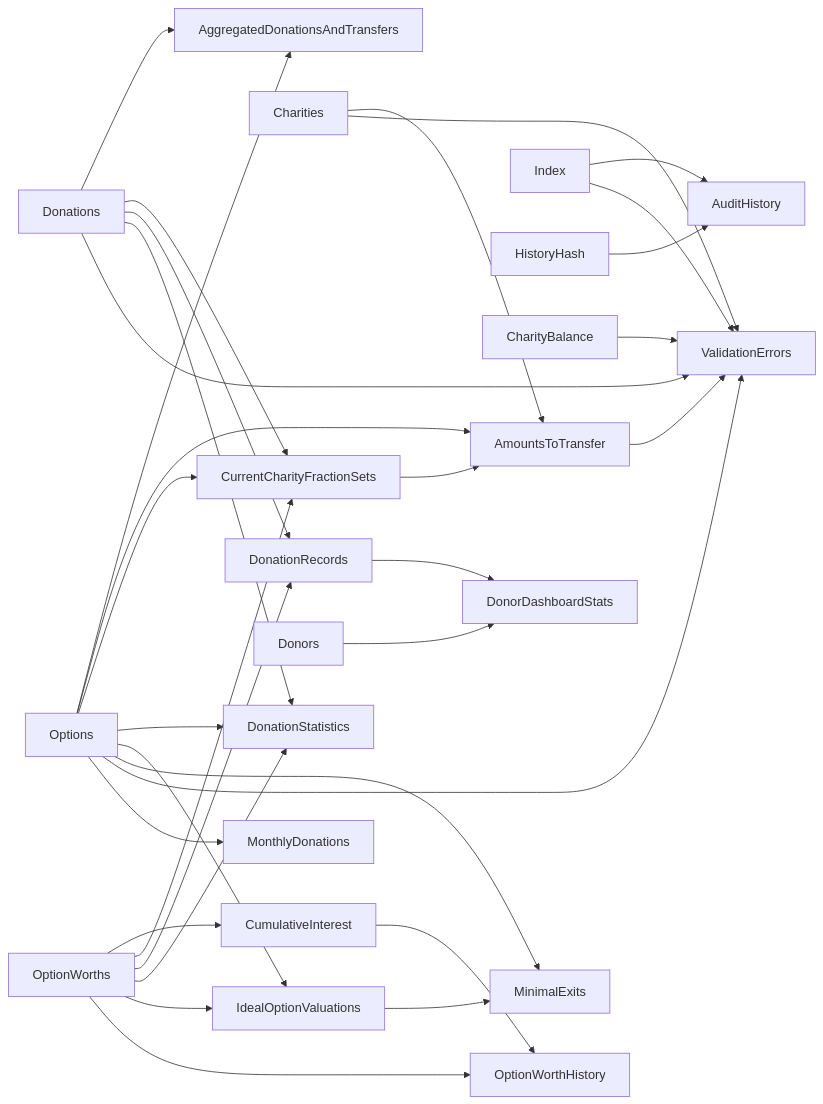
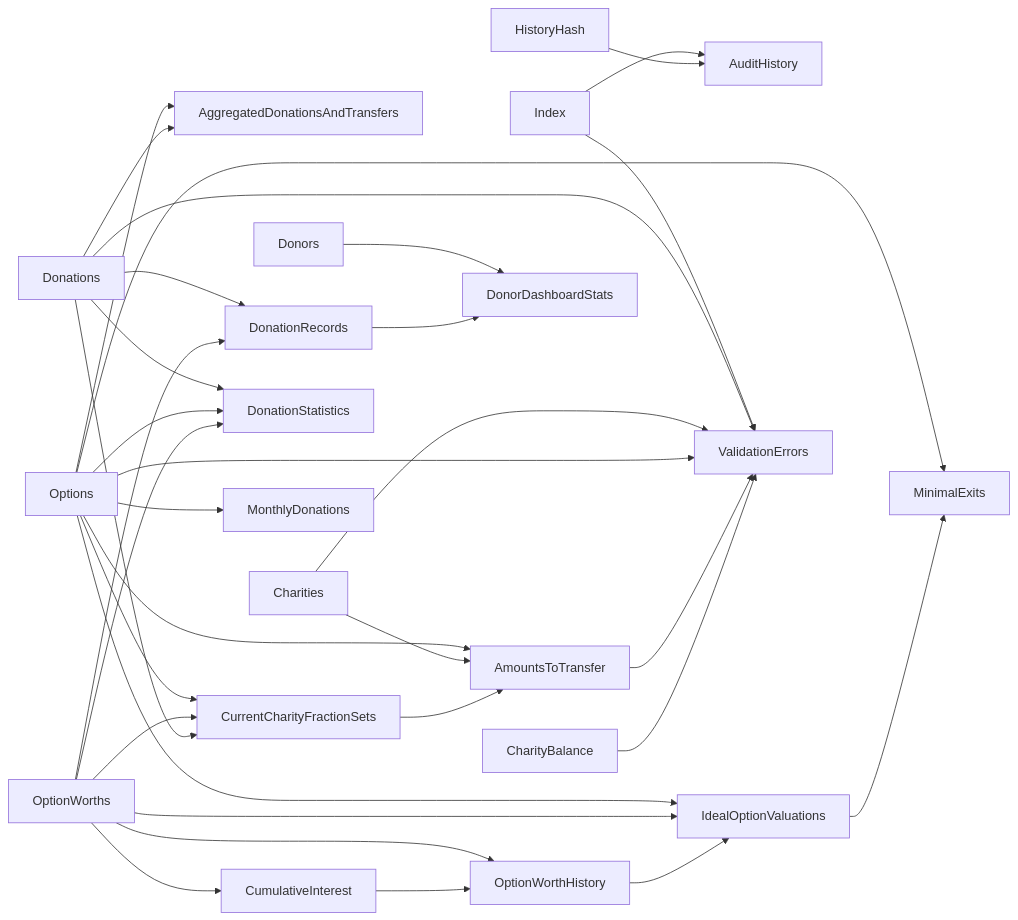
The second of 2 diagrams in wiki/calculator.md (joost-morsink/FF-admin-module), drawn with Mermaid before and after one commit. The commit also changed 8 other files, not shown here.

Commit message:
Fixed bug in IdealOptionValuations on CONV_ENTER [GIVE4GOOD-847]

````diff
--- a/wiki/calculator.md
+++ b/wiki/calculator.md
@@ -88,45 +88,46 @@
 ```mermaid
 graph LR
     Options --> AggregatedDonationsAndTransfers
     Donations --> AggregatedDonationsAndTransfers
     Options --> AmountsToTransfer
     Charities --> AmountsToTransfer
     CurrentCharityFractionSets --> AmountsToTransfer
     Index --> AuditHistory
     HistoryHash --> AuditHistory
     CharityBalance
     OptionWorths --> CumulativeInterest
     Options --> CurrentCharityFractionSets
     OptionWorths --> CurrentCharityFractionSets
     Donations --> CurrentCharityFractionSets
     Donations --> DonationRecords
     OptionWorths --> DonationRecords
     Donations --> DonationStatistics
     Options --> DonationStatistics
     OptionWorths --> DonationStatistics
     Donors --> DonorDashboardStats
     DonationRecords --> DonorDashboardStats
     Options --> IdealOptionValuations
     OptionWorths --> IdealOptionValuations
     Options --> MinimalExits
     IdealOptionValuations --> MinimalExits
     OptionWorths --> OptionWorthHistory
     CumulativeInterest --> OptionWorthHistory
+    OptionWorthHistory --> IdealOptionValuations
     Index --> ValidationErrors
     Donations --> ValidationErrors
     Charities --> ValidationErrors
     Options --> ValidationErrors
     AmountsToTransfer --> ValidationErrors
     CharityBalance --> ValidationErrors
     Options --> MonthlyDonations
 
     click Index "./models/index"
     click HistoryHash "./models/history_hash"
     click Options "./models/options"
     click ValidationErrors "./models/validation_errors"
     click Donations "./models/donations"
     click OptionWorths "./models/option_worths"
     click IdealOptionValuations "./models/ideal_option_valuations"
     click MinimalExits "./models/minimal_exits"
     click MonthlyDonations "./models/monthly_donations"
 ```
````
